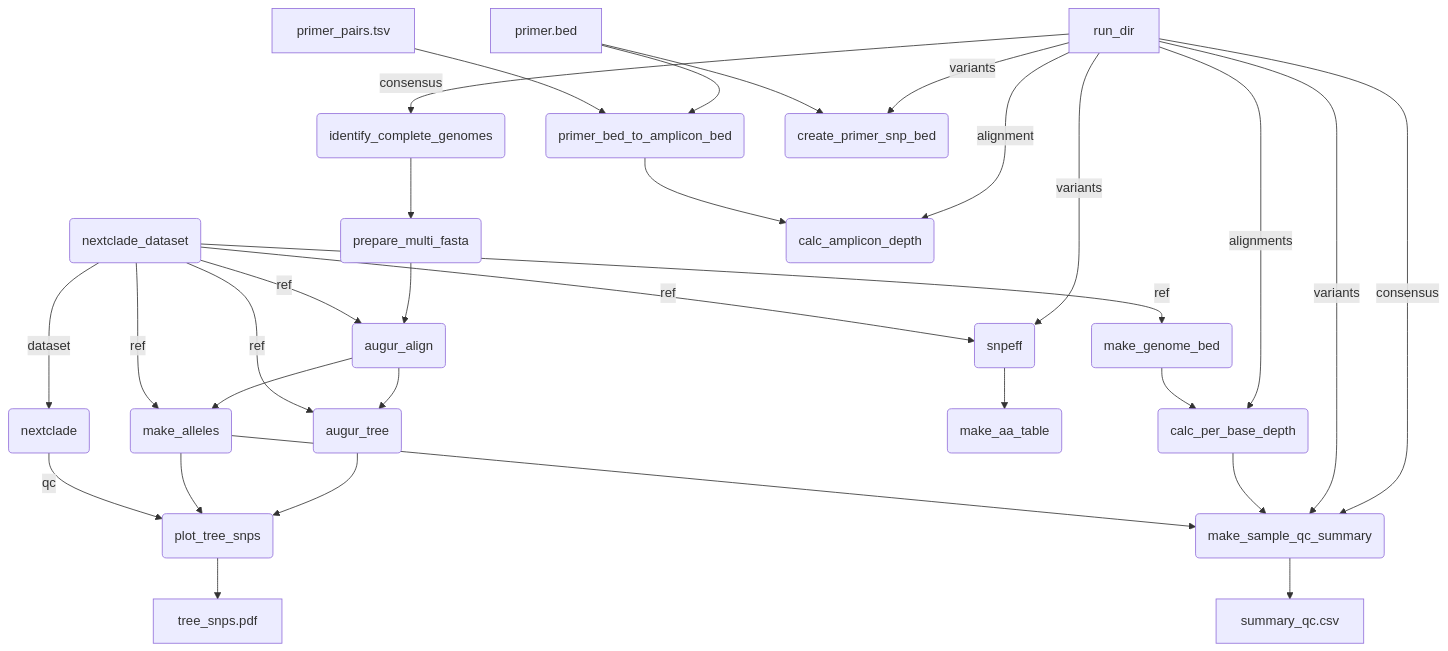
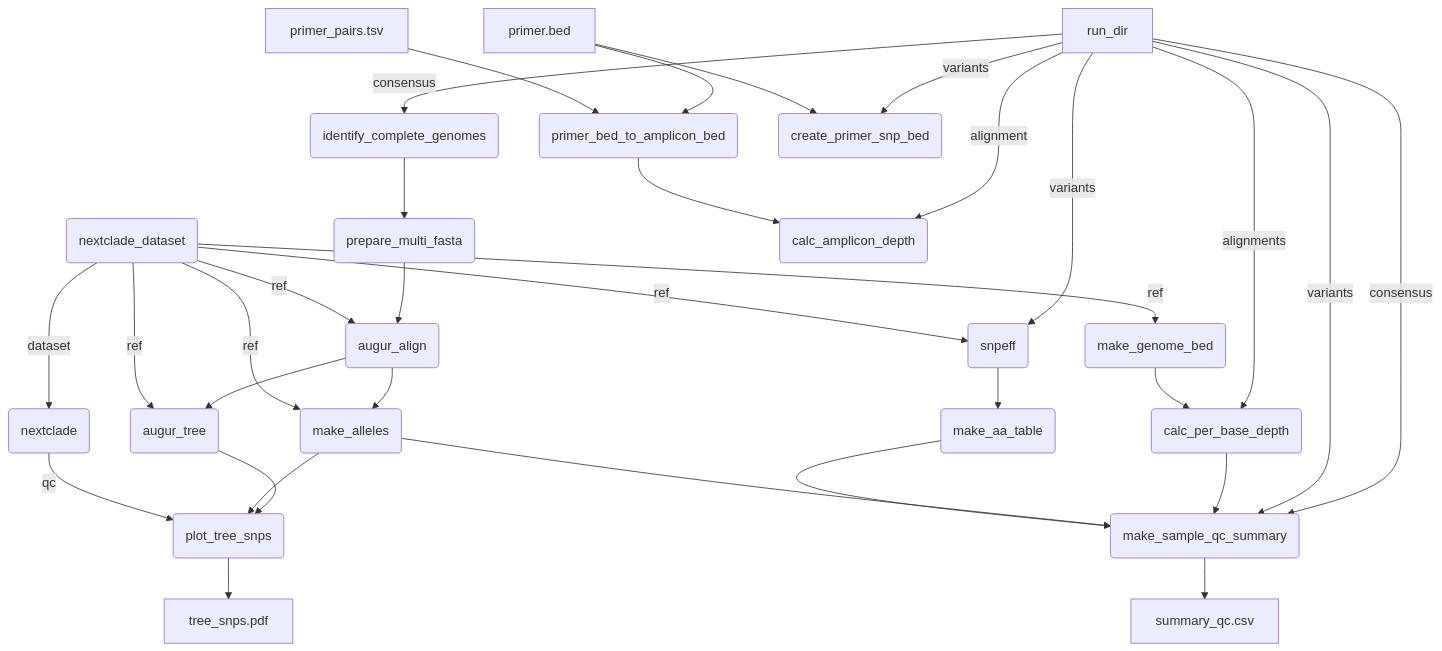
Before and after one commit to BCCDC-PHL/mpxv-qc: the diagram in README.md, drawn with Mermaid. The commit also changed 3 other files, not shown here.

````diff
--- a/README.md
+++ b/README.md
@@ -6,38 +6,39 @@
 ```mermaid
 flowchart TD
 run_dir[run_dir]
 primer_bed[primer.bed]
 primer_pairs[primer_pairs.tsv]
 run_dir -- consensus --> identify_complete_genomes(identify_complete_genomes)
 identify_complete_genomes --> prepare_multi_fasta(prepare_multi_fasta)
 nextclade_dataset(nextclade_dataset)
 nextclade_dataset -- dataset --> nextclade(nextclade)
 prepare_multi_fasta --> augur_align(augur_align)
 nextclade_dataset -- ref --> augur_align
 augur_align --> augur_tree(augur_tree)
 nextclade_dataset -- ref --> augur_tree
 augur_align --> make_alleles(make_alleles)
 nextclade_dataset -- ref --> make_alleles
 augur_tree --> plot_tree_snps(plot_tree_snps)
 make_alleles --> plot_tree_snps
 nextclade -- qc --> plot_tree_snps
 plot_tree_snps --> tree_snps.pdf
 run_dir -- variants --> snpeff(snpeff)
 nextclade_dataset -- ref --> snpeff
 snpeff --> make_aa_table(make_aa_table)
 primer_bed --> primer_bed_to_amplicon_bed(primer_bed_to_amplicon_bed)
 primer_pairs --> primer_bed_to_amplicon_bed
 run_dir -- alignment --> calc_amplicon_depth(calc_amplicon_depth)
 primer_bed_to_amplicon_bed --> calc_amplicon_depth
 run_dir -- variants --> create_primer_snp_bed(create_primer_snp_bed)
 primer_bed --> create_primer_snp_bed
 nextclade_dataset -- ref --> make_genome_bed(make_genome_bed)
 run_dir -- alignments --> calc_per_base_depth(calc_per_base_depth)
 make_genome_bed --> calc_per_base_depth
 make_sample_qc_summary(make_sample_qc_summary)
 run_dir -- consensus --> make_sample_qc_summary
 run_dir -- variants --> make_sample_qc_summary
 calc_per_base_depth --> make_sample_qc_summary
 make_alleles --> make_sample_qc_summary
+make_aa_table --> make_sample_qc_summary
 make_sample_qc_summary --> summary_qc.csv
 ```
````
